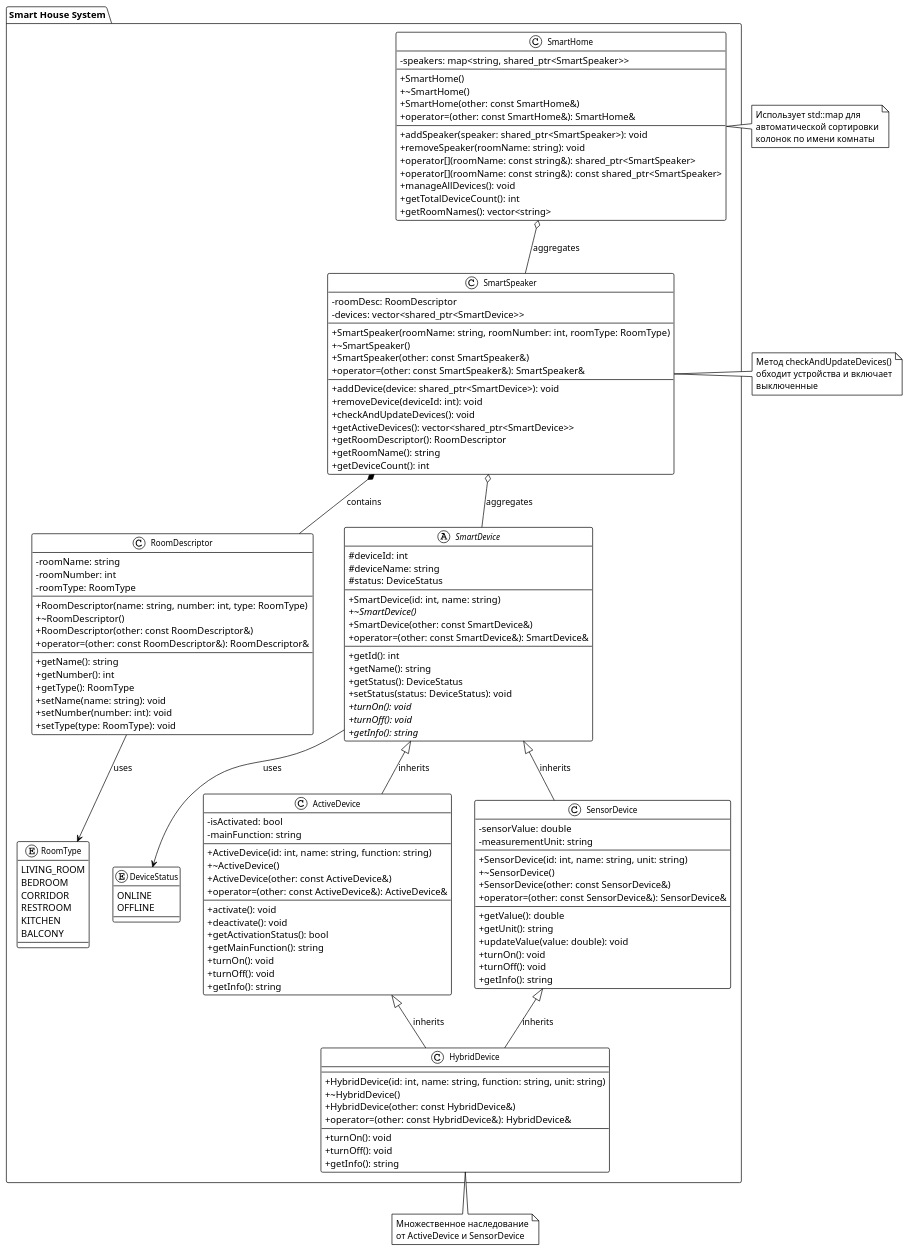
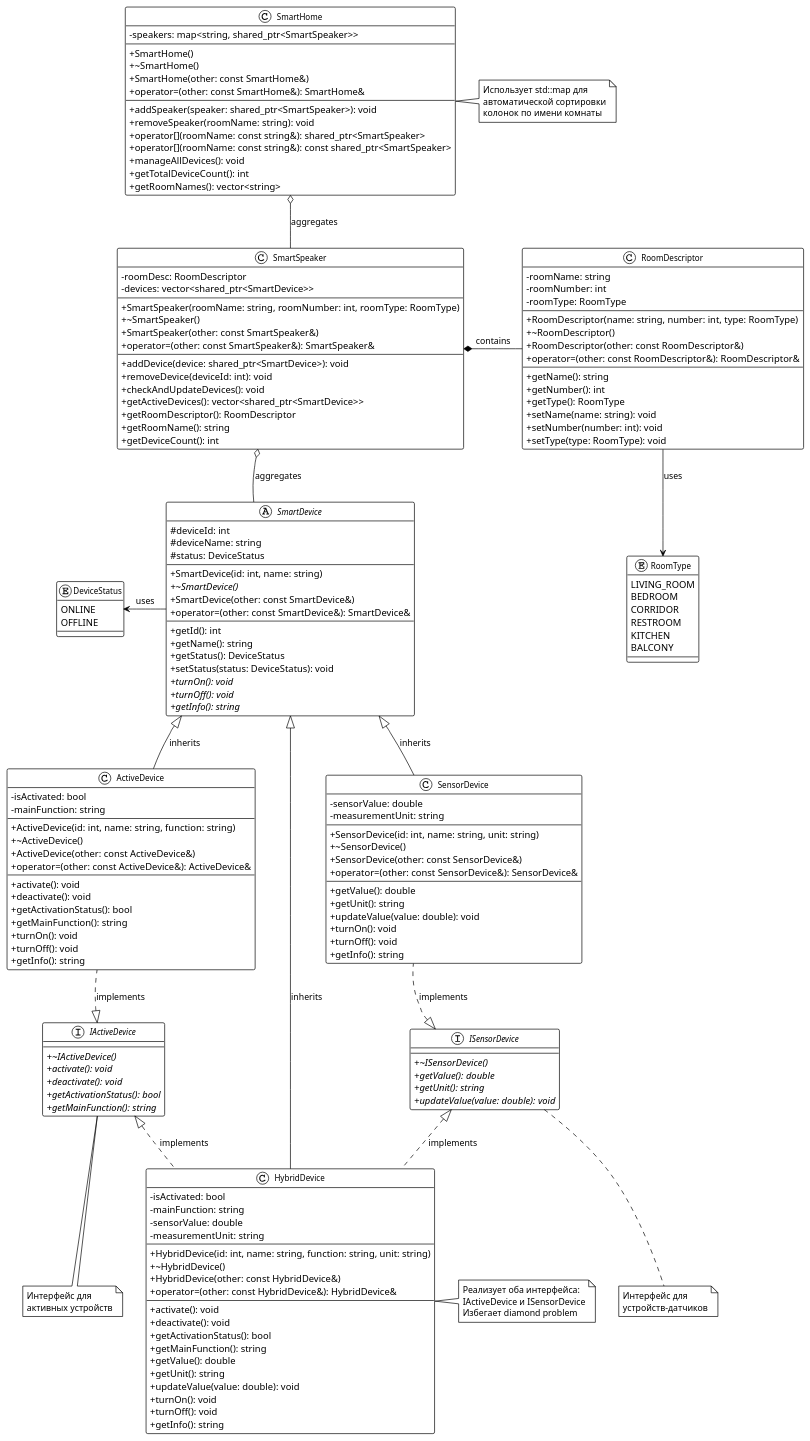
The diagram in docs/smart_house_uml.puml (abigotado/smart-house), drawn with PlantUML before and after one commit. The commit also changed 2 other files, not shown here.

Commit message:
update diagrams

```diff
--- a/docs/smart_house_uml.puml
+++ b/docs/smart_house_uml.puml
@@ -5,158 +5,200 @@
 skinparam classFontSize 12
 skinparam packageFontSize 14
 
-package "Smart House System" {
+class SmartSpeaker {
+    -roomDesc: RoomDescriptor
+    -devices: vector<shared_ptr<SmartDevice>>
+    --
+    +SmartSpeaker(roomName: string, roomNumber: int, roomType: RoomType)
+    +~SmartSpeaker()
+    +SmartSpeaker(other: const SmartSpeaker&)
+    +operator=(other: const SmartSpeaker&): SmartSpeaker&
+    --
+    +addDevice(device: shared_ptr<SmartDevice>): void
+    +removeDevice(deviceId: int): void
+    +checkAndUpdateDevices(): void
+    +getActiveDevices(): vector<shared_ptr<SmartDevice>>
+    +getRoomDescriptor(): RoomDescriptor
+    +getRoomName(): string
+    +getDeviceCount(): int
+}
 
-    enum RoomType {
-        LIVING_ROOM
-        BEDROOM
-        CORRIDOR
-        RESTROOM
-        KITCHEN
-        BALCONY
-    }
+class SmartHome {
+    -speakers: map<string, shared_ptr<SmartSpeaker>>
+    --
+    +SmartHome()
+    +~SmartHome()
+    +SmartHome(other: const SmartHome&)
+    +operator=(other: const SmartHome&): SmartHome&
+    --
+    +addSpeaker(speaker: shared_ptr<SmartSpeaker>): void
+    +removeSpeaker(roomName: string): void
+    +operator[](roomName: const string&): shared_ptr<SmartSpeaker>
+    +operator[](roomName: const string&): const shared_ptr<SmartSpeaker>
+    +manageAllDevices(): void
+    +getTotalDeviceCount(): int
+    +getRoomNames(): vector<string>
+}
 
-    enum DeviceStatus {
-        ONLINE
-        OFFLINE
-    }
+class RoomDescriptor {
+    -roomName: string
+    -roomNumber: int
+    -roomType: RoomType
+    --
+    +RoomDescriptor(name: string, number: int, type: RoomType)
+    +~RoomDescriptor()
+    +RoomDescriptor(other: const RoomDescriptor&)
+    +operator=(other: const RoomDescriptor&): RoomDescriptor&
+    --
+    +getName(): string
+    +getNumber(): int
+    +getType(): RoomType
+    +setName(name: string): void
+    +setNumber(number: int): void
+    +setType(type: RoomType): void
+}
 
-    class RoomDescriptor {
-        -roomName: string
-        -roomNumber: int
-        -roomType: RoomType
-        --
-        +RoomDescriptor(name: string, number: int, type: RoomType)
-        +~RoomDescriptor()
-        +RoomDescriptor(other: const RoomDescriptor&)
-        +operator=(other: const RoomDescriptor&): RoomDescriptor&
-        --
-        +getName(): string
-        +getNumber(): int
-        +getType(): RoomType
-        +setName(name: string): void
-        +setNumber(number: int): void
-        +setType(type: RoomType): void
-    }
+enum RoomType {
+    LIVING_ROOM
+    BEDROOM
+    CORRIDOR
+    RESTROOM
+    KITCHEN
+    BALCONY
+}
 
-    abstract class SmartDevice {
-        #deviceId: int
-        #deviceName: string
-        #status: DeviceStatus
-        --
-        +SmartDevice(id: int, name: string)
-        +{abstract} ~SmartDevice()
-        +SmartDevice(other: const SmartDevice&)
-        +operator=(other: const SmartDevice&): SmartDevice&
-        --
-        +getId(): int
-        +getName(): string
-        +getStatus(): DeviceStatus
-        +setStatus(status: DeviceStatus): void
-        +{abstract} turnOn(): void
-        +{abstract} turnOff(): void
-        +{abstract} getInfo(): string
-    }
+abstract class SmartDevice {
+    #deviceId: int
+    #deviceName: string
+    #status: DeviceStatus
+    --
+    +SmartDevice(id: int, name: string)
+    +{abstract} ~SmartDevice()
+    +SmartDevice(other: const SmartDevice&)
+    +operator=(other: const SmartDevice&): SmartDevice&
+    --
+    +getId(): int
+    +getName(): string
+    +getStatus(): DeviceStatus
+    +setStatus(status: DeviceStatus): void
+    +{abstract} turnOn(): void
+    +{abstract} turnOff(): void
+    +{abstract} getInfo(): string
+}
 
-    class ActiveDevice {
-        -isActivated: bool
-        -mainFunction: string
-        --
-        +ActiveDevice(id: int, name: string, function: string)
-        +~ActiveDevice()
-        +ActiveDevice(other: const ActiveDevice&)
-        +operator=(other: const ActiveDevice&): ActiveDevice&
-        --
-        +activate(): void
-        +deactivate(): void
-        +getActivationStatus(): bool
-        +getMainFunction(): string
-        +turnOn(): void
-        +turnOff(): void
-        +getInfo(): string
-    }
+enum DeviceStatus {
+    ONLINE
+    OFFLINE
+}
 
-    class SensorDevice {
-        -sensorValue: double
-        -measurementUnit: string
-        --
-        +SensorDevice(id: int, name: string, unit: string)
-        +~SensorDevice()
-        +SensorDevice(other: const SensorDevice&)
-        +operator=(other: const SensorDevice&): SensorDevice&
-        --
-        +getValue(): double
-        +getUnit(): string
-        +updateValue(value: double): void
-        +turnOn(): void
-        +turnOff(): void
-        +getInfo(): string
-    }
+interface IActiveDevice {
+    +{abstract} ~IActiveDevice()
+    +{abstract} activate(): void
+    +{abstract} deactivate(): void
+    +{abstract} getActivationStatus(): bool
+    +{abstract} getMainFunction(): string
+}
 
-    class HybridDevice {
-        --
-        +HybridDevice(id: int, name: string, function: string, unit: string)
-        +~HybridDevice()
-        +HybridDevice(other: const HybridDevice&)
-        +operator=(other: const HybridDevice&): HybridDevice&
-        --
-        +turnOn(): void
-        +turnOff(): void
-        +getInfo(): string
-    }
+interface ISensorDevice {
+    +{abstract} ~ISensorDevice()
+    +{abstract} getValue(): double
+    +{abstract} getUnit(): string
+    +{abstract} updateValue(value: double): void
+}
 
-    class SmartSpeaker {
-        -roomDesc: RoomDescriptor
-        -devices: vector<shared_ptr<SmartDevice>>
-        --
-        +SmartSpeaker(roomName: string, roomNumber: int, roomType: RoomType)
-        +~SmartSpeaker()
-        +SmartSpeaker(other: const SmartSpeaker&)
-        +operator=(other: const SmartSpeaker&): SmartSpeaker&
-        --
-        +addDevice(device: shared_ptr<SmartDevice>): void
-        +removeDevice(deviceId: int): void
-        +checkAndUpdateDevices(): void
-        +getActiveDevices(): vector<shared_ptr<SmartDevice>>
-        +getRoomDescriptor(): RoomDescriptor
-        +getRoomName(): string
-        +getDeviceCount(): int
-    }
+class ActiveDevice {
+    -isActivated: bool
+    -mainFunction: string
+    --
+    +ActiveDevice(id: int, name: string, function: string)
+    +~ActiveDevice()
+    +ActiveDevice(other: const ActiveDevice&)
+    +operator=(other: const ActiveDevice&): ActiveDevice&
+    --
+    +activate(): void
+    +deactivate(): void
+    +getActivationStatus(): bool
+    +getMainFunction(): string
+    +turnOn(): void
+    +turnOff(): void
+    +getInfo(): string
+}
 
-    class SmartHome {
-        -speakers: map<string, shared_ptr<SmartSpeaker>>
-        --
-        +SmartHome()
-        +~SmartHome()
-        +SmartHome(other: const SmartHome&)
-        +operator=(other: const SmartHome&): SmartHome&
-        --
-        +addSpeaker(speaker: shared_ptr<SmartSpeaker>): void
-        +removeSpeaker(roomName: string): void
-        +operator[](roomName: const string&): shared_ptr<SmartSpeaker>
-        +operator[](roomName: const string&): const shared_ptr<SmartSpeaker>
-        +manageAllDevices(): void
-        +getTotalDeviceCount(): int
-        +getRoomNames(): vector<string>
-    }
+class SensorDevice {
+    -sensorValue: double
+    -measurementUnit: string
+    --
+    +SensorDevice(id: int, name: string, unit: string)
+    +~SensorDevice()
+    +SensorDevice(other: const SensorDevice&)
+    +operator=(other: const SensorDevice&): SensorDevice&
+    --
+    +getValue(): double
+    +getUnit(): string
+    +updateValue(value: double): void
+    +turnOn(): void
+    +turnOff(): void
+    +getInfo(): string
+}
 
+class HybridDevice {
+    -isActivated: bool
+    -mainFunction: string
+    -sensorValue: double
+    -measurementUnit: string
+    --
+    +HybridDevice(id: int, name: string, function: string, unit: string)
+    +~HybridDevice()
+    +HybridDevice(other: const HybridDevice&)
+    +operator=(other: const HybridDevice&): HybridDevice&
+    --
+    +activate(): void
+    +deactivate(): void
+    +getActivationStatus(): bool
+    +getMainFunction(): string
+    +getValue(): double
+    +getUnit(): string
+    +updateValue(value: double): void
+    +turnOn(): void
+    +turnOff(): void
+    +getInfo(): string
 }
+
+'Вёрстка
+RoomDescriptor -[hidden]right- SmartSpeaker
+SmartDevice -[hidden]down- SmartSpeaker
+ActiveDevice -[hidden]down- IActiveDevice
+SensorDevice -[hidden]down- ISensorDevice
+ActiveDevice -[hidden]down- SmartDevice
+SensorDevice -[hidden]down- SmartDevice
+SensorDevice -[hidden]down- HybridDevice
+ActiveDevice -[hidden]down- HybridDevice
+DeviceStatus -[hidden]right- SmartDevice
 
 ' Отношения
 RoomDescriptor --> RoomType : uses
 SmartDevice --> DeviceStatus : uses
+
+' Наследование классов от SmartDevice
 SmartDevice <|-- ActiveDevice : inherits
 SmartDevice <|-- SensorDevice : inherits
-ActiveDevice <|-- HybridDevice : inherits
-SensorDevice <|-- HybridDevice : inherits
+SmartDevice <|-- HybridDevice : inherits
 
+' Реализация интерфейсов
+IActiveDevice <|.. ActiveDevice : implements
+ISensorDevice <|.. SensorDevice : implements
+IActiveDevice <|.. HybridDevice : implements
+ISensorDevice <|.. HybridDevice : implements
+
+' Композиция и агрегация
 SmartSpeaker *-- RoomDescriptor : contains
 SmartSpeaker o-- SmartDevice : aggregates
 SmartHome o-- SmartSpeaker : aggregates
 
 ' Примечания
 note right of SmartHome : Использует std::map для\nавтоматической сортировки\nколонок по имени комнаты
-note bottom of HybridDevice : Множественное наследование\nот ActiveDevice и SensorDevice
-note right of SmartSpeaker : Метод checkAndUpdateDevices()\nобходит устройства и включает\nвыключенные
+note right of HybridDevice : Реализует оба интерфейса:\nIActiveDevice и ISensorDevice\nИзбегает diamond problem
+note bottom of IActiveDevice : Интерфейс для\nактивных устройств
+note bottom of ISensorDevice : Интерфейс для\nустройств-датчиков
 
 @enduml 
```
